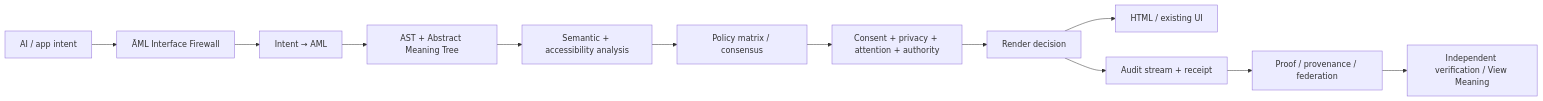
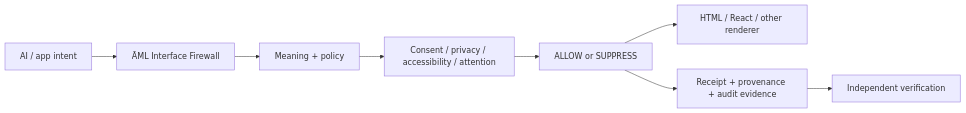
One commit to aruintelligence/aml-core changed the diagram in README.md. Above: the diagram before and after it, drawn with Mermaid. The commit also changed other lines of this file, not shown here.

First line of the commit message:
Tighten README around proof, reproduction, and evidence

````diff
--- a/README.md
+++ b/README.md
@@ -150,14 +74,10 @@
 ```mermaid
 flowchart LR
     A[AI / app intent] --> B[ĀML Interface Firewall]
-    B --> C[Intent → AML]
-    C --> D[AST + Abstract Meaning Tree]
-    D --> E[Semantic + accessibility analysis]
-    E --> F[Policy matrix / consensus]
-    F --> G[Consent + privacy + attention + authority]
-    G --> H[Render decision]
-    H --> I[HTML / existing UI]
-    H --> J[Audit stream + receipt]
-    J --> K[Proof / provenance / federation]
-    K --> L[Independent verification / View Meaning]
+    B --> C[Meaning + policy]
+    C --> D[Consent / privacy / accessibility / attention]
+    D --> E[ALLOW or SUPPRESS]
+    E --> F[HTML / React / other renderer]
+    E --> G[Receipt + provenance + audit evidence]
+    G --> H[Independent verification]
 ```
````
